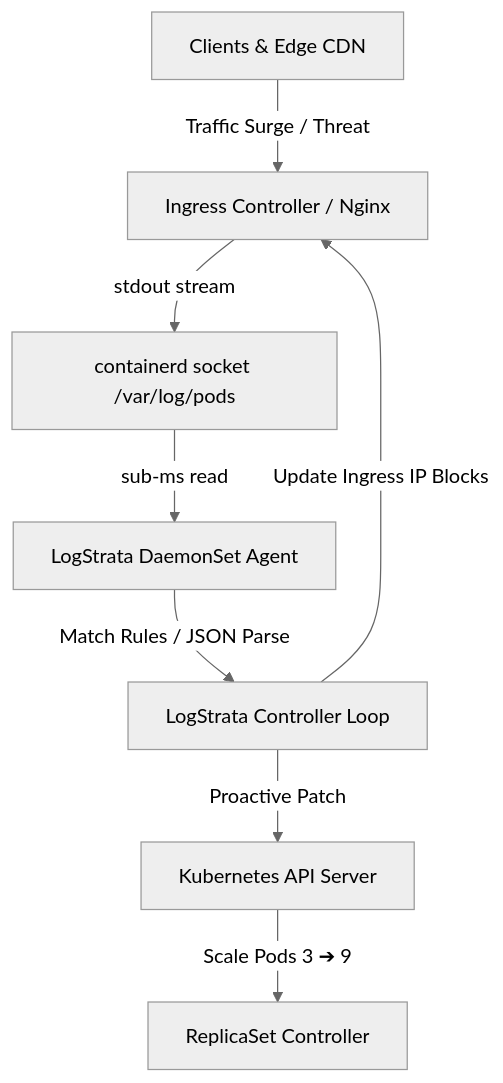
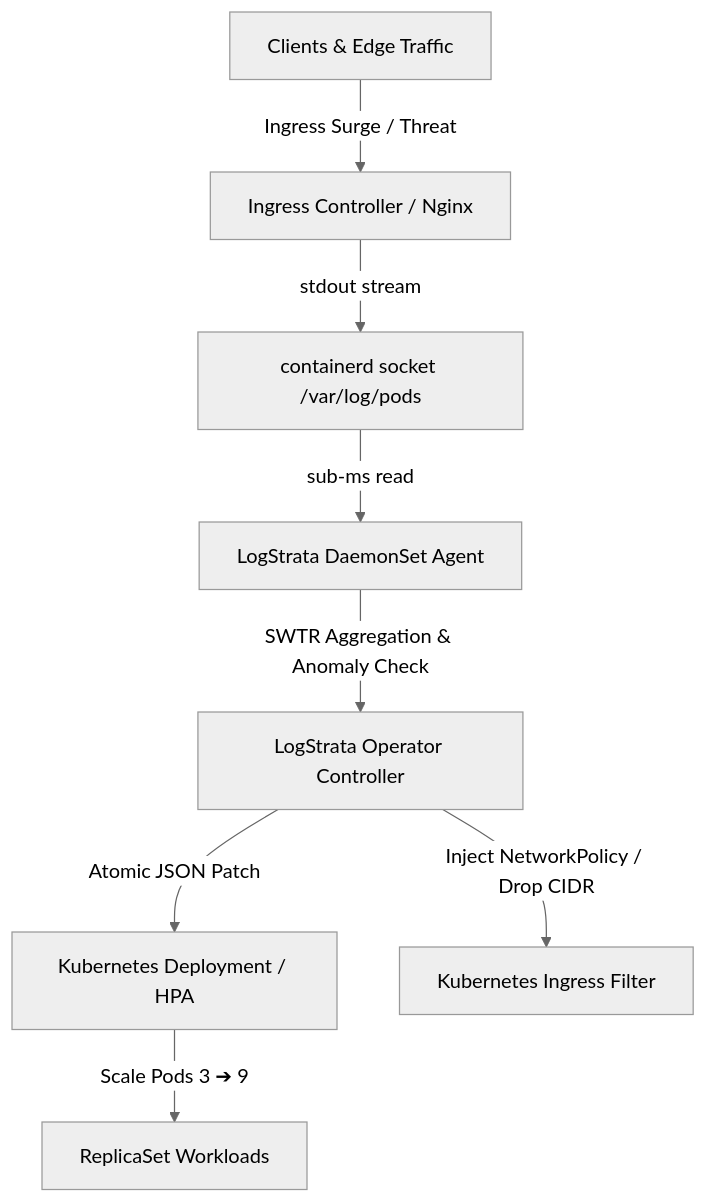
The diagram in README.md (Rishav-sy/LogStrata), drawn with Mermaid (neutral theme) before and after one commit. The commit also changed other lines of this file and 2 other files, not shown here.

````diff
--- a/README.md
+++ b/README.md
@@ -35,10 +33,10 @@
 ```mermaid
 graph TD
-    A[Clients & Edge CDN] -->|Traffic Surge / Threat| B[Ingress Controller / Nginx]
+    A[Clients & Edge Traffic] -->|Ingress Surge / Threat| B[Ingress Controller / Nginx]
     B -->|stdout stream| C[containerd socket /var/log/pods]
     C -->|sub-ms read| D[LogStrata DaemonSet Agent]
-    D -->|Match Rules / JSON Parse| E[LogStrata Controller Loop]
-    E -->|Proactive Patch| F[Kubernetes API Server]
-    F -->|Scale Pods 3 ➔ 9| G[ReplicaSet Controller]
-    E -->|Update Ingress IP Blocks| B
+    D -->|SWTR Aggregation & Anomaly Check| E[LogStrata Operator Controller]
+    E -->|Atomic JSON Patch| F[Kubernetes Deployment / HPA]
+    F -->|Scale Pods 3 ➔ 9| G[ReplicaSet Workloads]
+    E -->|Inject NetworkPolicy / Drop CIDR| H[Kubernetes Ingress Filter]
 ```
````
